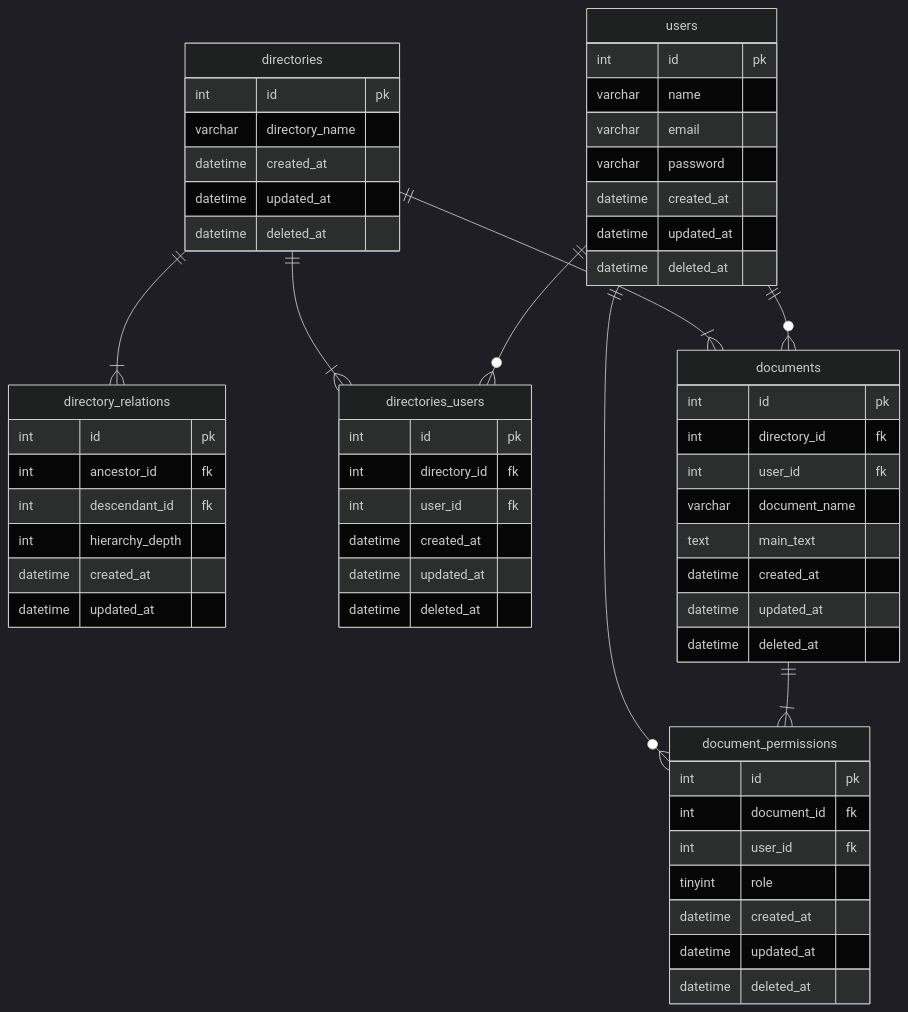
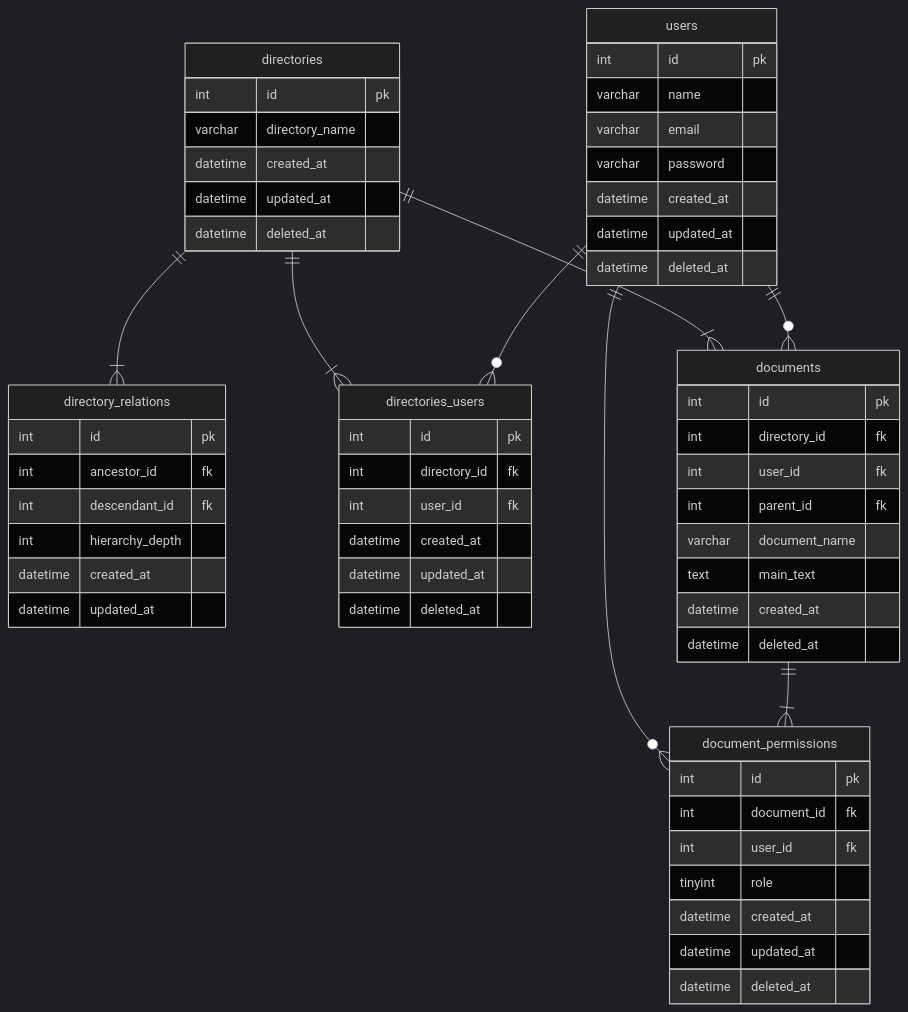
One commit to zyumax/pc_task changed the diagram in データベースモデリング3/課題1/課題1-1.md. Above: the diagram before and after it, drawn with Mermaid (dark theme). The commit also changed other lines of this file, not shown here.

````diff
--- a/データベースモデリング3/課題1/課題1-1.md
+++ b/データベースモデリング3/課題1/課題1-1.md
@@ -21,68 +21,68 @@
 ```mermaid
 erDiagram
 users {
   int id pk
   varchar name
   varchar email
   varchar password
   datetime created_at
   datetime updated_at
   datetime deleted_at
 }
 
 directories {
   int id pk
   varchar directory_name
   datetime created_at 
   datetime updated_at
   datetime deleted_at
 }
 
 directory_relations {
   int id pk
   int ancestor_id fk
   int descendant_id fk
   int hierarchy_depth
   datetime created_at 
   datetime updated_at
 }
 
 directories_users {
   int id pk
   int directory_id fk
   int user_id fk
   datetime created_at
   datetime updated_at
   datetime deleted_at
 }
 
 documents {
   int id pk
   int directory_id fk
   int user_id fk
+  int parent_id fk
   varchar document_name
   text main_text
   datetime created_at
-  datetime updated_at
   datetime deleted_at
 }
 
 document_permissions {
   int id pk
   int document_id fk
   int user_id fk
   tinyint role
   datetime created_at
   datetime updated_at
   datetime deleted_at
 }
 
 %% relations
 documents ||--|{ document_permissions : ""
 users ||--o{ documents : ""
 users ||--o{ document_permissions : ""
 users ||--o{ directories_users : ""
 directories ||--|{ directories_users : ""
 directories ||--|{ documents : ""
 directories ||--|{ directory_relations : ""
 ```
````
